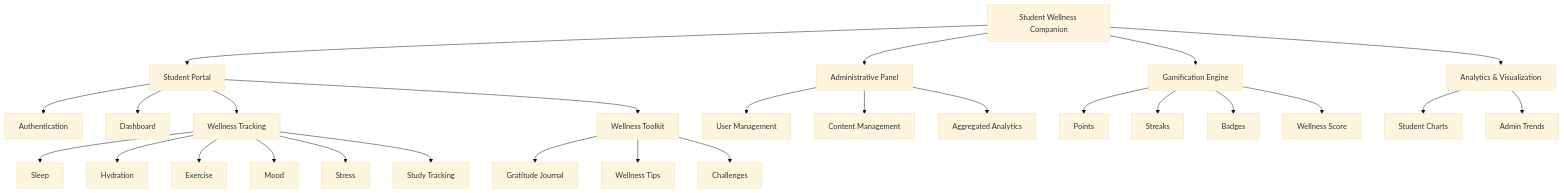
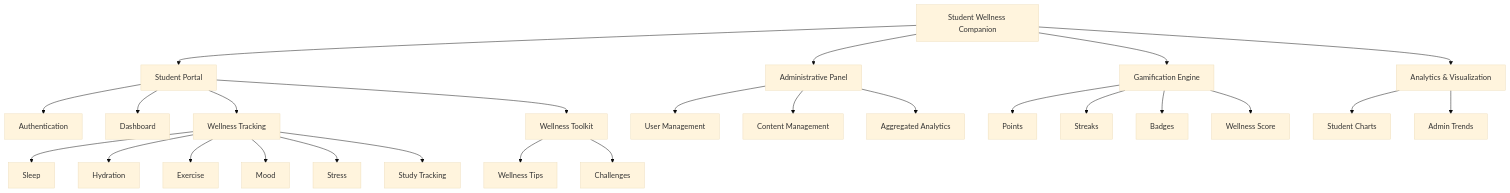
The first of 8 diagrams in PROJECT_VISION.md (goxxie08/Wellvia), drawn with Mermaid (base theme) before and after one commit. The commit also changed other lines of this file and 2 other files, not shown here.

Commit message:
docs: remove journal feature references

````diff
--- a/PROJECT_VISION.md
+++ b/PROJECT_VISION.md
@@ -170,36 +166,35 @@
 ```mermaid
 graph TB
     SWC["Student Wellness Companion"]
     SWC --> SP["Student Portal"]
     SWC --> AP["Administrative Panel"]
     SWC --> GE["Gamification Engine"]
     SWC --> AV["Analytics & Visualization"]
 
     SP --> AUTH["Authentication"]
     SP --> DASH["Dashboard"]
     SP --> WT["Wellness Tracking"]
     SP --> WTK["Wellness Toolkit"]
 
     WT --> SL["Sleep"]
     WT --> HY["Hydration"]
     WT --> EX["Exercise"]
     WT --> MO["Mood"]
     WT --> ST["Stress"]
     WT --> STU["Study Tracking"]
 
-    WTK --> JRN["Gratitude Journal"]
     WTK --> TIP["Wellness Tips"]
     WTK --> CHL["Challenges"]
 
     AP --> UM["User Management"]
     AP --> CM["Content Management"]
     AP --> AA["Aggregated Analytics"]
 
     GE --> PTS["Points"]
     GE --> STK["Streaks"]
     GE --> BDG["Badges"]
     GE --> WS["Wellness Score"]
 
     AV --> SC["Student Charts"]
     AV --> AT["Admin Trends"]
 ```
````
